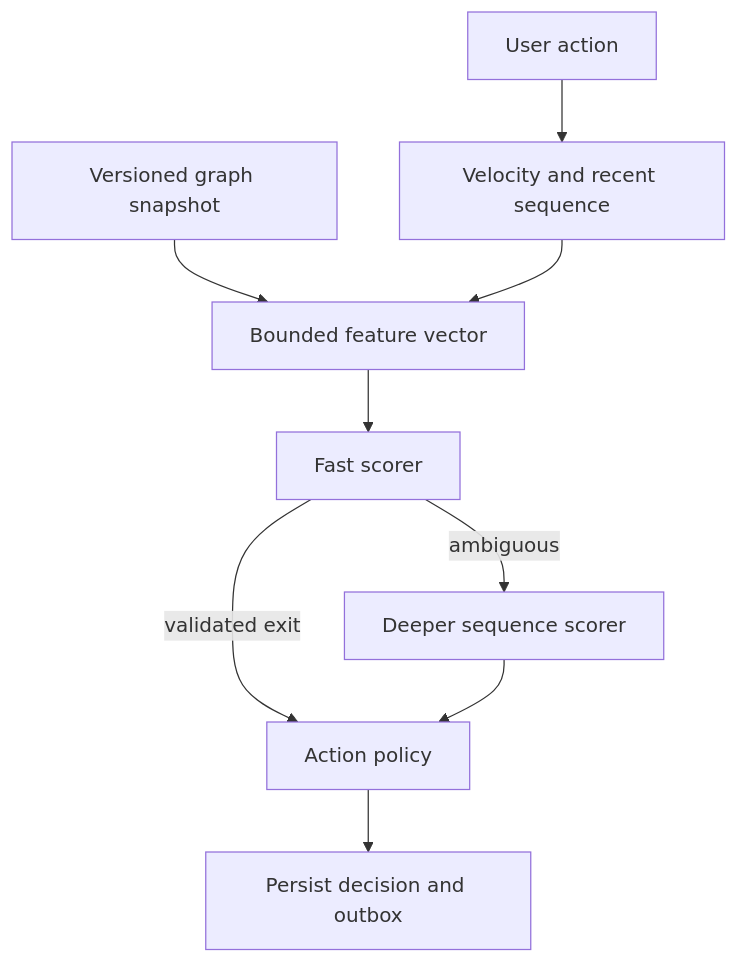
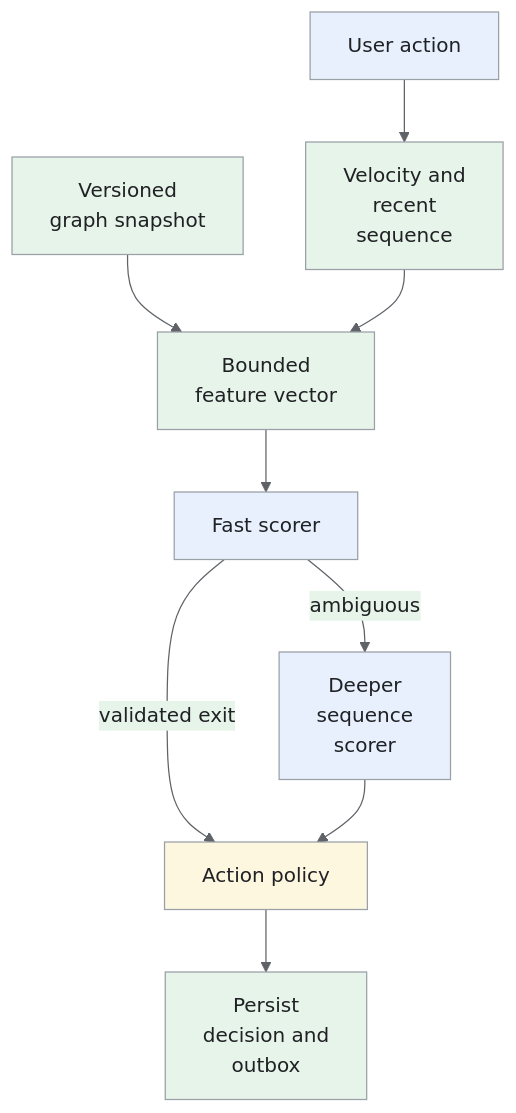
The fourth of 6 diagrams in _designs/bot-detection.md (iliazlobin/iliazlobin.github.io), drawn with Mermaid before and after one commit. The commit also changed other lines of this file and 131 other files, not shown here.

````diff
--- a/_designs/bot-detection.md
+++ b/_designs/bot-detection.md
@@ -189,11 +266,19 @@
 ```mermaid
+%%{init: {'theme':'base','themeVariables':{'primaryColor':'#e8f0fe','primaryTextColor':'#202124','primaryBorderColor':'#9aa0a6','lineColor':'#5f6368','secondaryColor':'#e6f4ea','tertiaryColor':'#fef7e0','actorBkg':'#e8f0fe','actorBorder':'#9aa0a6','actorTextColor':'#202124','noteBkgColor':'#fef7e0','noteTextColor':'#202124','noteBorderColor':'#9aa0a6','signalColor':'#5f6368','signalTextColor':'#202124','labelBoxBkgColor':'#fef7e0','labelBoxBorderColor':'#9aa0a6'}}}%%
 flowchart TB
-    A["User action"] --> V["Velocity and recent sequence"]
-    G["Versioned graph snapshot"] --> F["Bounded feature vector"]
+    A["User action"] --> V["Velocity and<br>recent<br>sequence"]
+    G["Versioned<br>graph snapshot"] --> F["Bounded<br>feature vector"]
     V --> F
     F --> S["Fast scorer"]
-    S -->|ambiguous| M["Deeper sequence scorer"]
+    S -->|ambiguous| M["Deeper<br>sequence<br>scorer"]
     S -->|validated exit| P["Action policy"]
     M --> P
-    P --> D["Persist decision and outbox"]
+    P --> D["Persist<br>decision and<br>outbox"]
+classDef request fill:#e8f0fe,stroke:#9aa0a6,color:#202124;
+classDef data fill:#e6f4ea,stroke:#9aa0a6,color:#202124;
+classDef control fill:#fef7e0,stroke:#9aa0a6,color:#202124;
+class A,S,M request;
+class V,G,F,D data;
+class P control;
+
 ```
````
